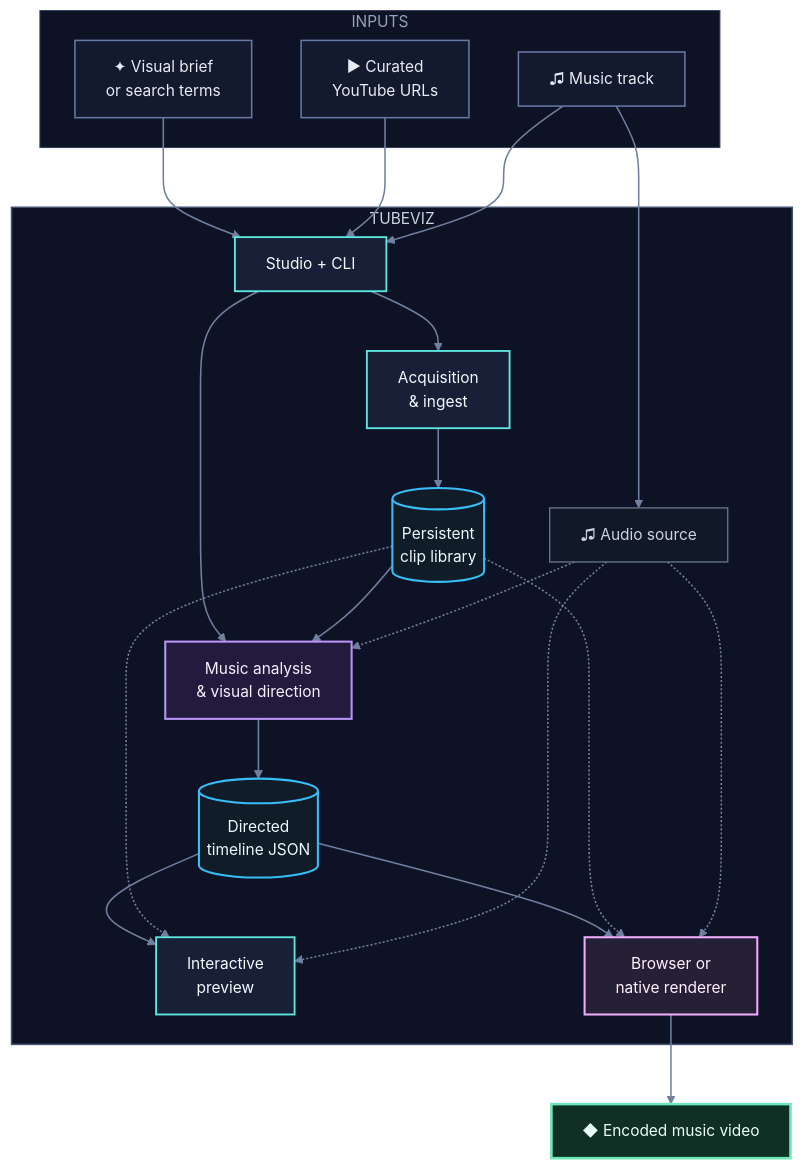
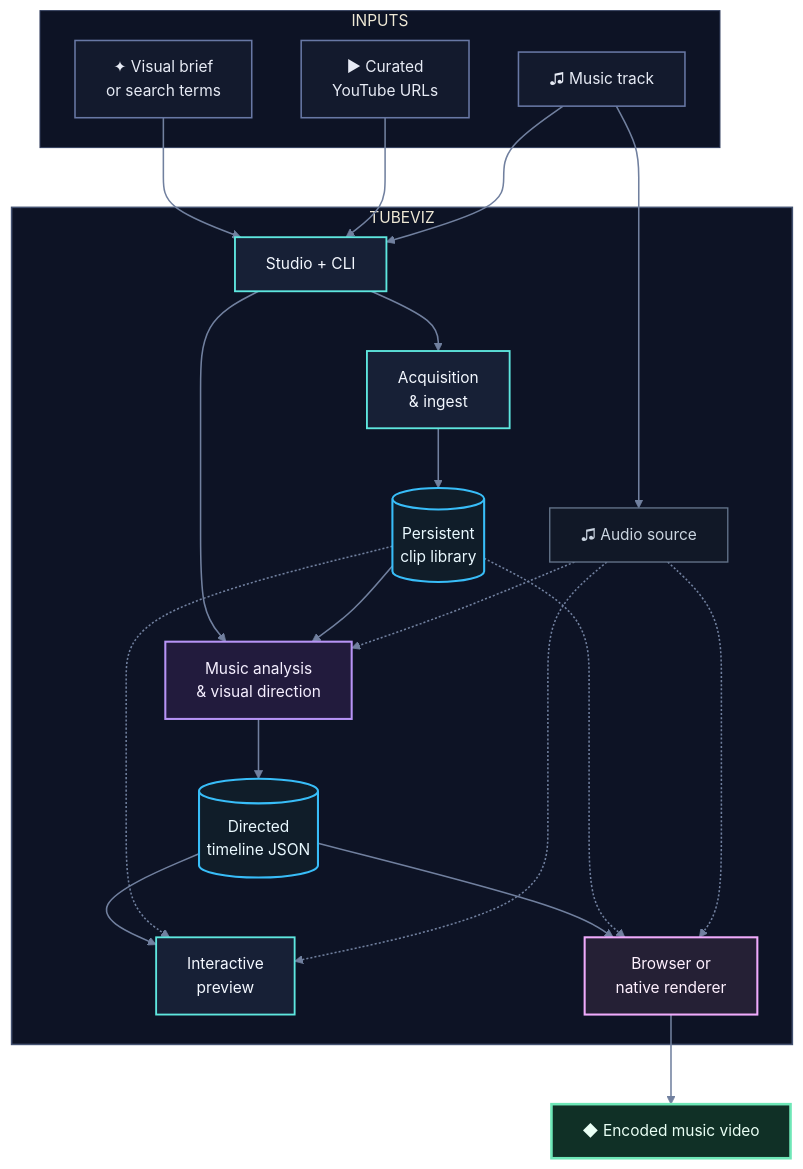
Before and after one commit to interrupt21h/tubeviz: the first of 2 diagrams in README.md, drawn with Mermaid. The commit also changed other lines of this file, not shown here.

First line of the commit message:
Modify flowchart settings and labels in README

```diff
--- a/README.md
+++ b/README.md
@@ -52,10 +52,10 @@
   },
   "flowchart": {
     "curve": "basis",
-    "htmlLabels": true,
+    "htmlLabels": false,
     "nodeSpacing": 48,
     "rankSpacing": 58,
-    "diagramPadding": 18
+    "diagramPadding": 20
   }
 }}%%
 
```
